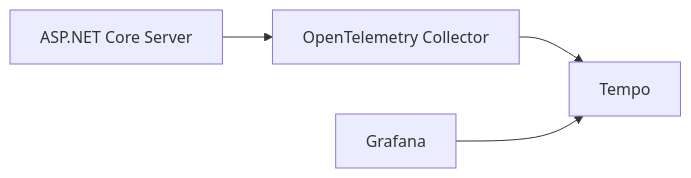
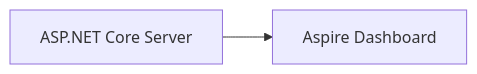
Before and after one commit to nenoNaninu/AspNetCore.SignalR.OpenTelemetry: the diagram in README.md, drawn with Mermaid. The commit also changed other lines of this file and 4 other files, not shown here.

Commit message:
Replace Grafana/Tempo with Aspire Dashboard

````diff
--- a/README.md
+++ b/README.md
@@ -121,6 +121,4 @@
 ```mermaid
 graph LR;
-    app[ASP.NET Core Server] --> otelc[OpenTelemetry Collector];
-    otelc --> Tempo;
-    Grafana --> Tempo;
+    app[ASP.NET Core Server] --> aspire[Aspire Dashboard];
 ```
````
